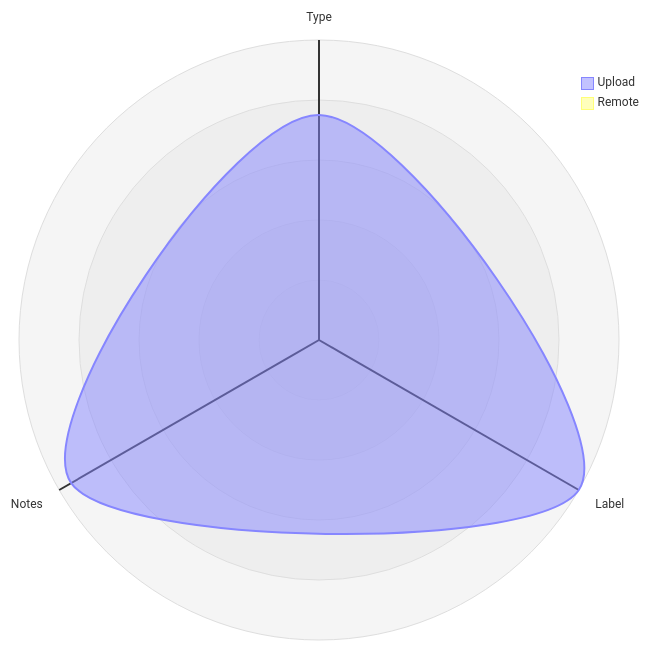
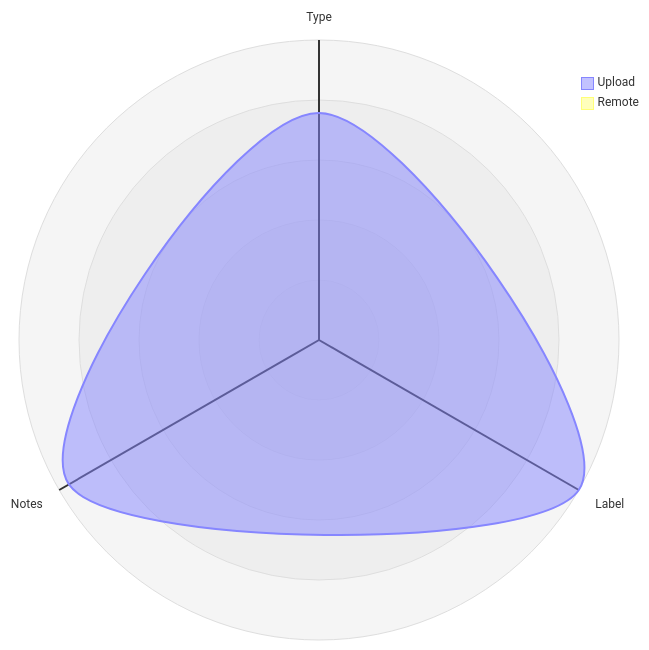
The third of 5 diagrams in datastore_tracker/README.md (open-data/analytics-corporate-reporting), drawn with Mermaid before and after one commit. The commit also changed 5 other files, not shown here.

````diff
--- a/datastore_tracker/README.md
+++ b/datastore_tracker/README.md
@@ -104,12 +104,12 @@
 ```mermaid
 radar-beta
   axis T["Type"], L["Label"], N["Notes"]
-  curve u["Upload"]{0.00081, 0.00108, 0.00103}
+  curve u["Upload"]{0.00081, 0.00107, 0.00103}
   curve r["Remote"]{0, 0, 0}
 
   showLegend true
 
   min 0
   graticule circle
   ticks 5
 ```
````
